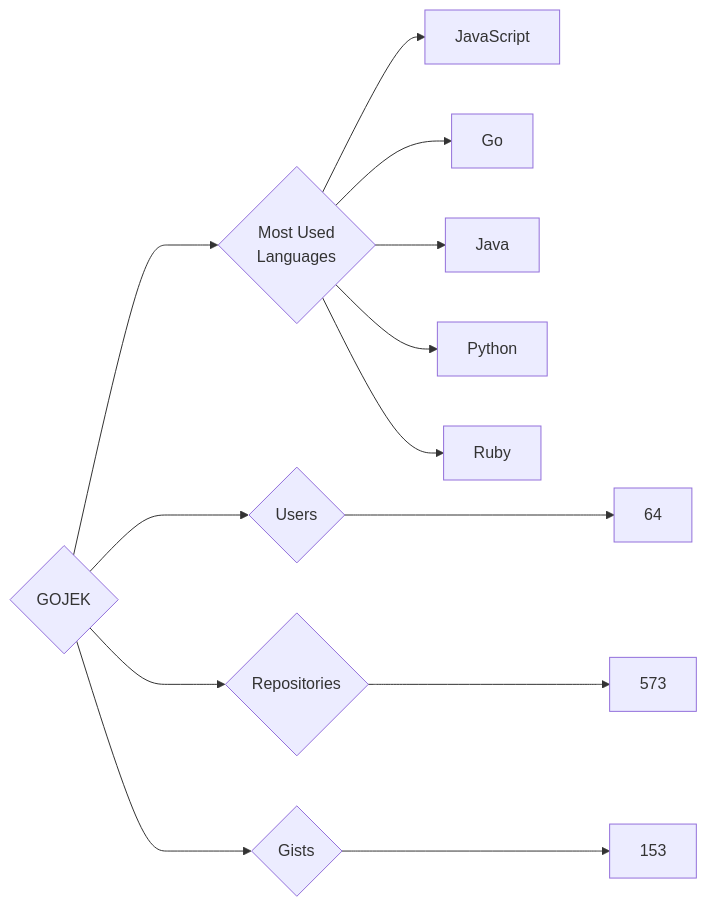
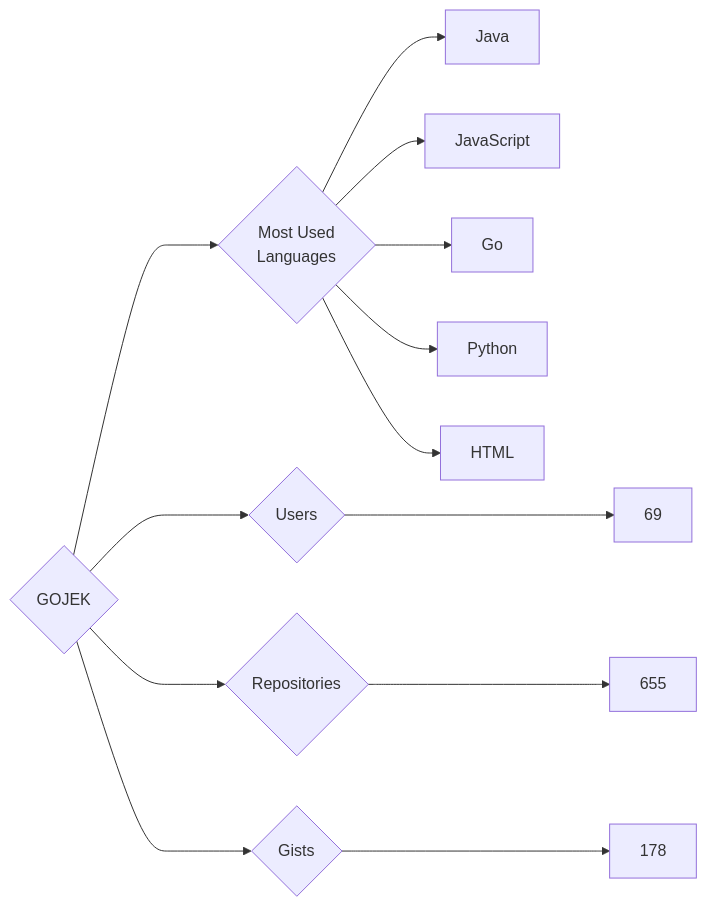
Before and after one commit to trickest/insiders: the diagram in targets/GOJEK/README.md, drawn with Mermaid. The commit also changed 772 other files, not shown here.

````diff
--- a/targets/GOJEK/README.md
+++ b/targets/GOJEK/README.md
@@ -3,13 +3,13 @@
 ```mermaid
 graph LR
 COMPANY_NAME{GOJEK}
-COMPANY_NAME ---> U{Users} ---> UN[64]
-COMPANY_NAME ---> R{Repositories} ---> RN[573]
-COMPANY_NAME ---> G{Gists} ---> GN[153]
+COMPANY_NAME ---> U{Users} ---> UN[69]
+COMPANY_NAME ---> R{Repositories} ---> RN[655]
+COMPANY_NAME ---> G{Gists} ---> GN[178]
 COMPANY_NAME ---> ML{Most Used<br>Languages}
+ML --> Java[Java]
 ML --> JavaScript[JavaScript]
 ML --> Go[Go]
-ML --> Java[Java]
 ML --> Python[Python]
-ML --> Ruby[Ruby]
+ML --> HTML[HTML]
 ```
````
